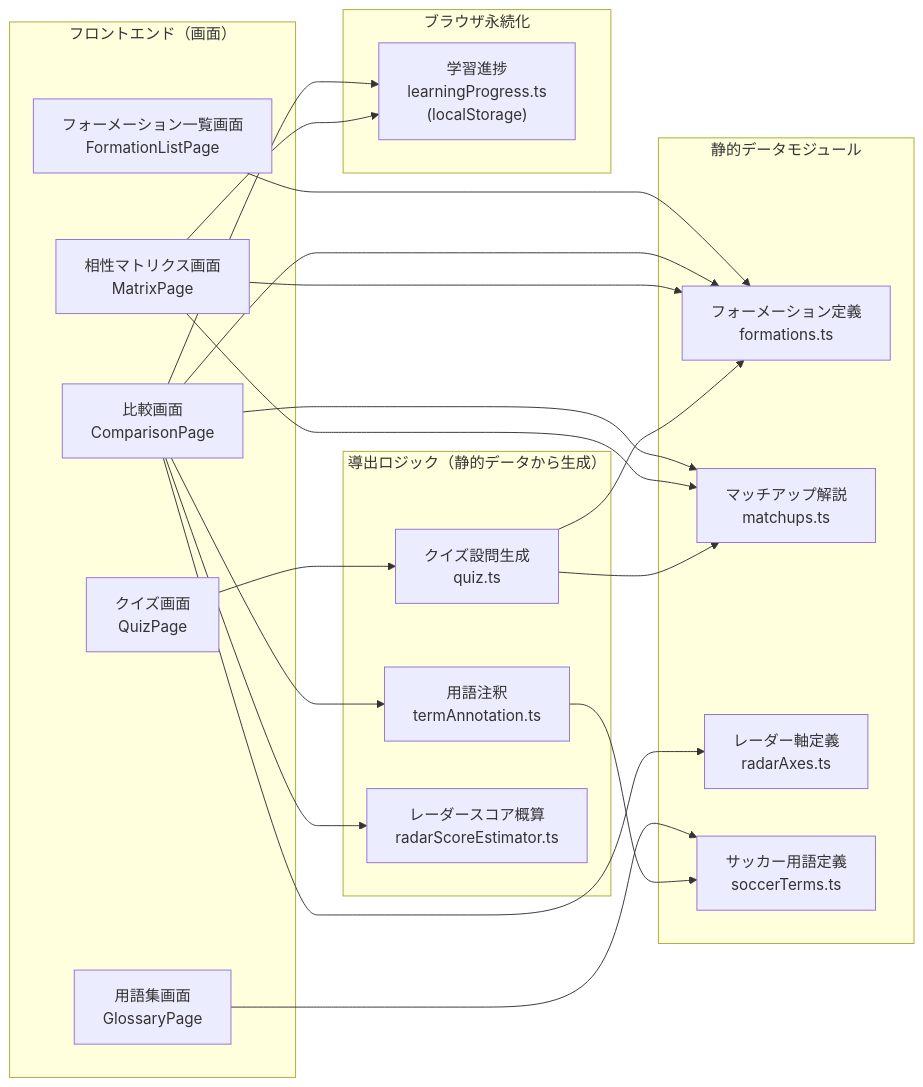
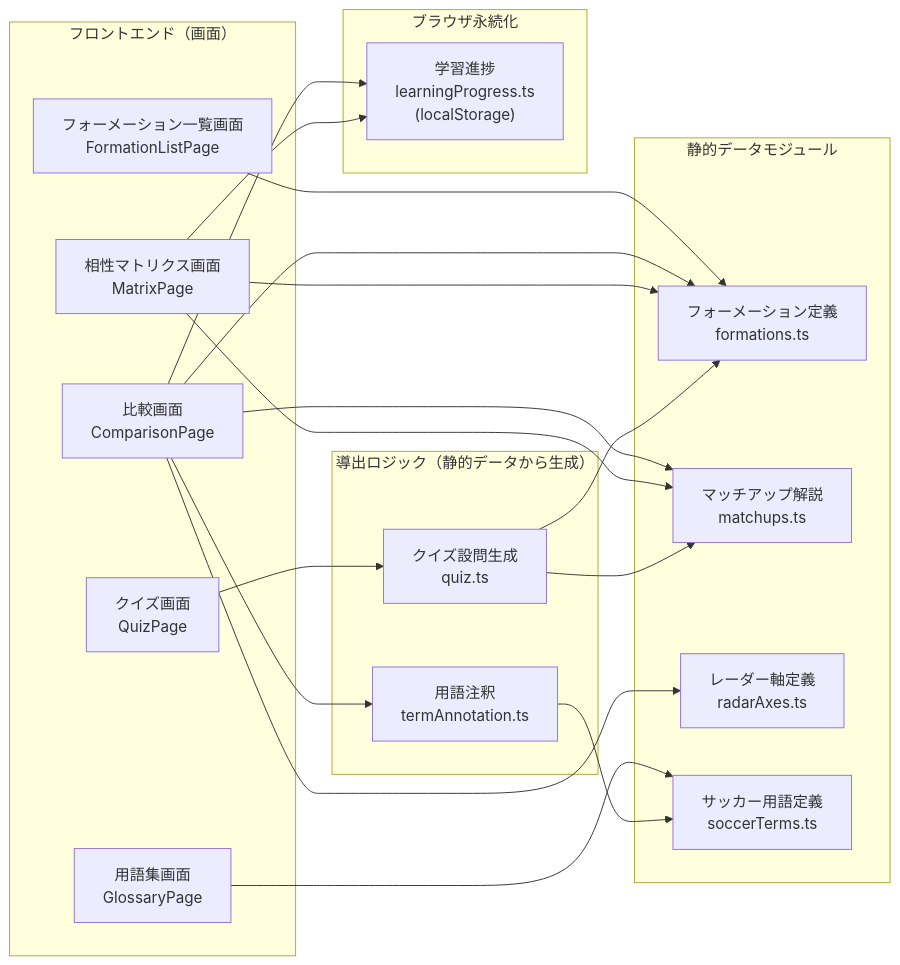
The fourth of 4 diagrams in docs/specs/1_requirements/functional-overview.md (n-yata/soccer-sim), drawn with Mermaid before and after one commit. The commit also changed other lines of this file and 37 other files, not shown here.

````diff
--- a/docs/specs/1_requirements/functional-overview.md
+++ b/docs/specs/1_requirements/functional-overview.md
@@ -339,40 +337,38 @@
 ```mermaid
 flowchart LR
     subgraph FE["フロントエンド（画面）"]
       S1["フォーメーション一覧画面<br/>FormationListPage"]
       S2["比較画面<br/>ComparisonPage"]
       S3["相性マトリクス画面<br/>MatrixPage"]
       S4["用語集画面<br/>GlossaryPage"]
       S5["クイズ画面<br/>QuizPage"]
     end
     subgraph DATA["静的データモジュール"]
       D1["フォーメーション定義<br/>formations.ts"]
       D2["マッチアップ解説<br/>matchups.ts"]
       D3["レーダー軸定義<br/>radarAxes.ts"]
       D4["サッカー用語定義<br/>soccerTerms.ts"]
     end
     subgraph DERIVED["導出ロジック（静的データから生成）"]
       L1["用語注釈<br/>termAnnotation.ts"]
       L2["クイズ設問生成<br/>quiz.ts"]
-      L3["レーダースコア概算<br/>radarScoreEstimator.ts"]
     end
     subgraph STORAGE["ブラウザ永続化"]
       P1["学習進捗<br/>learningProgress.ts<br/>(localStorage)"]
     end
 
     S1 --> D1
     S2 --> D1
     S2 --> D2
     S2 --> D3
     S2 --> L1
-    S2 --> L3
     S2 --> P1
     S3 --> D1
     S3 --> D2
     S3 --> P1
     S4 --> D4
     S5 --> L2
     L1 --> D4
     L2 --> D1
     L2 --> D2
 ```
````
